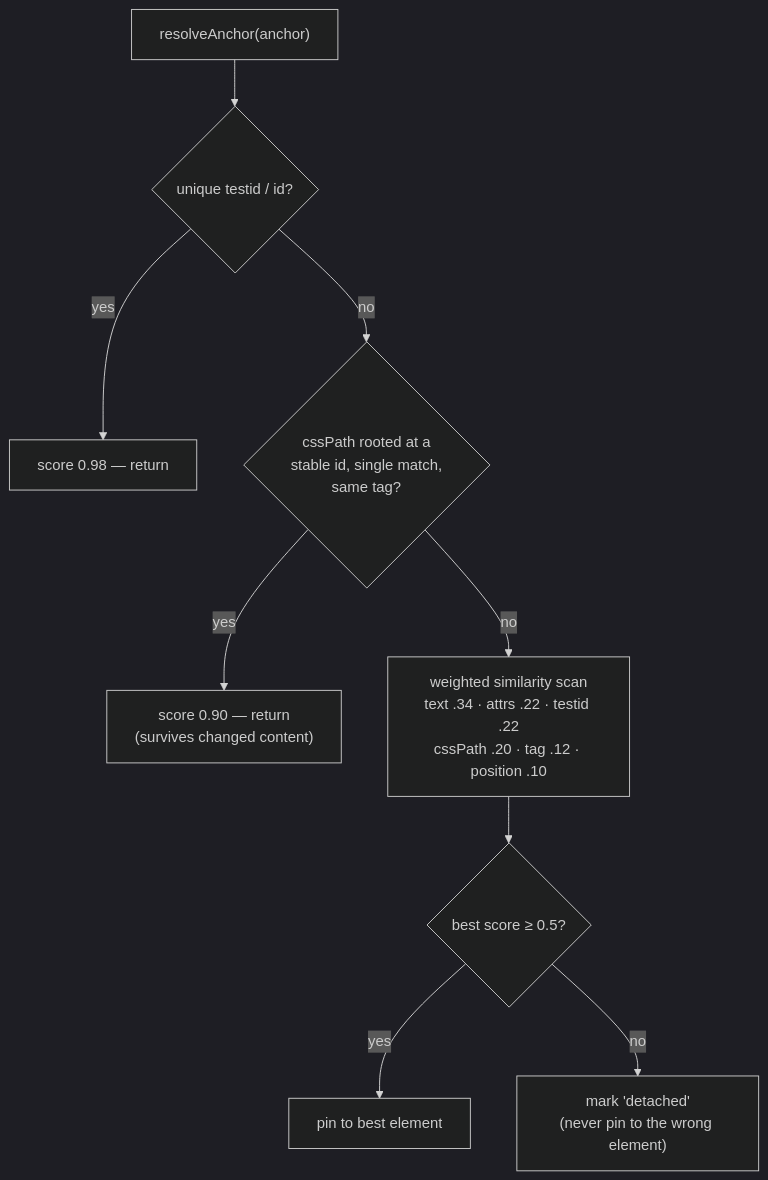
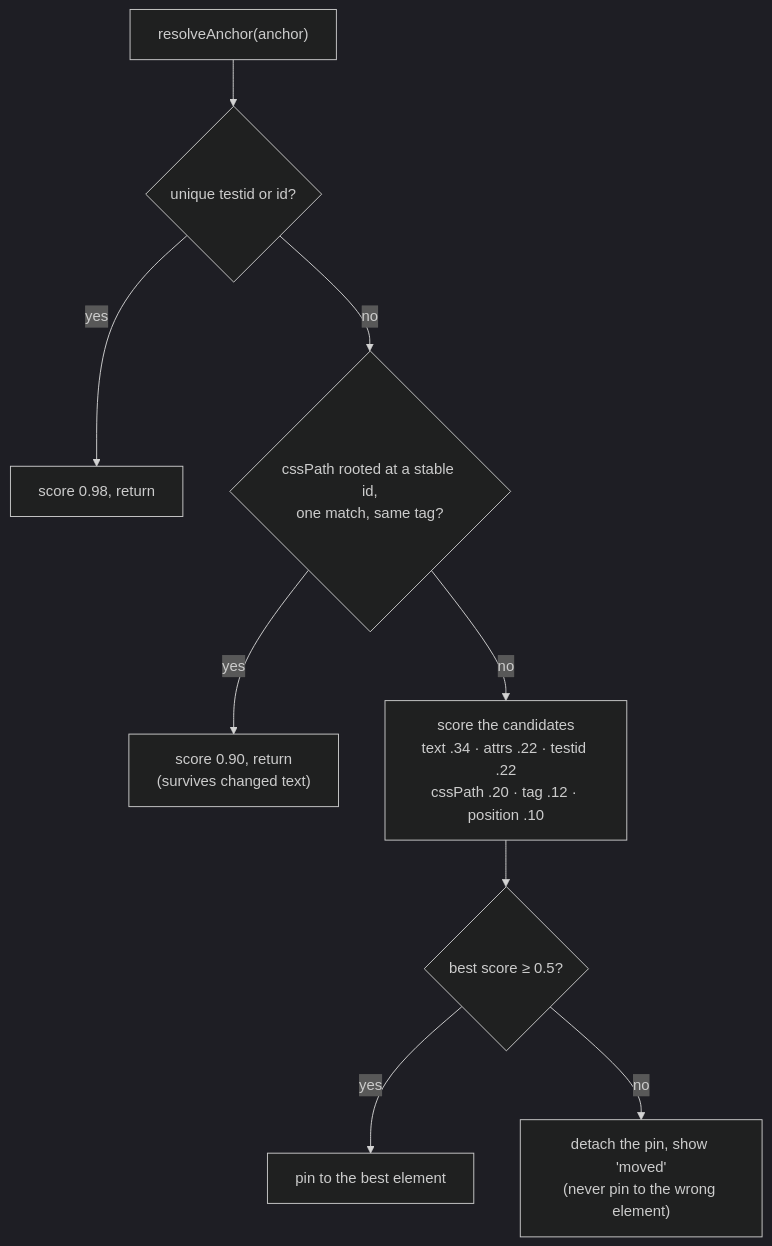
One commit to mohamed-ashraf-elsaed/loupe changed the fourth of 9 diagrams in docs/ARCHITECTURE.md. Above: the diagram before and after it, drawn with Mermaid (dark theme). The commit also changed other lines of this file and 86 other files, not shown here.

````diff
--- a/docs/ARCHITECTURE.md
+++ b/docs/ARCHITECTURE.md
@@ -197,11 +319,11 @@
 ```mermaid
 flowchart TD
-  A["resolveAnchor(anchor)"] --> B{"unique testid / id?"}
-  B -- yes --> B1["score 0.98 — return"]
-  B -- no --> C{"cssPath rooted at a<br/>stable id, single match,<br/>same tag?"}
-  C -- yes --> C1["score 0.90 — return<br/>(survives changed content)"]
-  C -- no --> D["weighted similarity scan<br/>text .34 · attrs .22 · testid .22<br/>cssPath .20 · tag .12 · position .10"]
+  A["resolveAnchor(anchor)"] --> B{"unique testid or id?"}
+  B -- yes --> B1["score 0.98, return"]
+  B -- no --> C{"cssPath rooted at a stable id,<br/>one match, same tag?"}
+  C -- yes --> C1["score 0.90, return<br/>(survives changed text)"]
+  C -- no --> D["score the candidates<br/>text .34 · attrs .22 · testid .22<br/>cssPath .20 · tag .12 · position .10"]
   D --> E{"best score ≥ 0.5?"}
-  E -- yes --> E1["pin to best element"]
-  E -- no --> E2["mark 'detached'<br/>(never pin to the wrong element)"]
+  E -- yes --> E1["pin to the best element"]
+  E -- no --> E2["detach the pin, show 'moved'<br/>(never pin to the wrong element)"]
 ```
````
